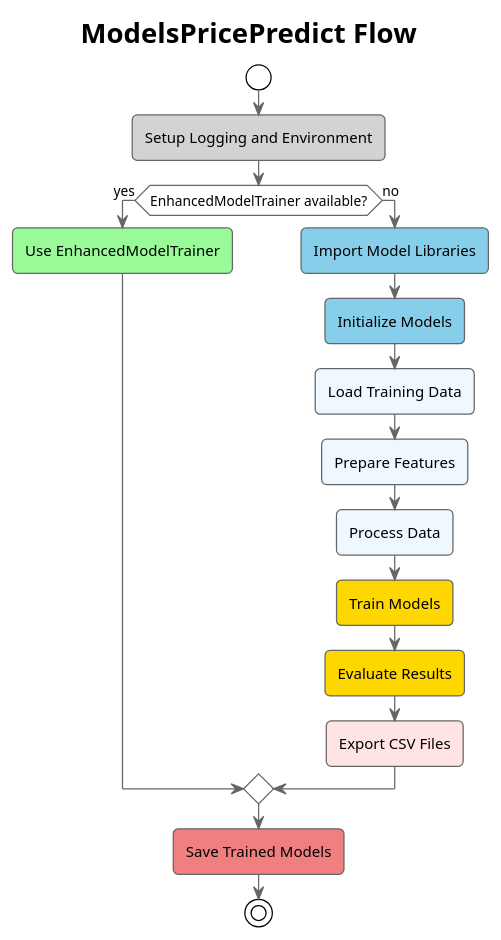
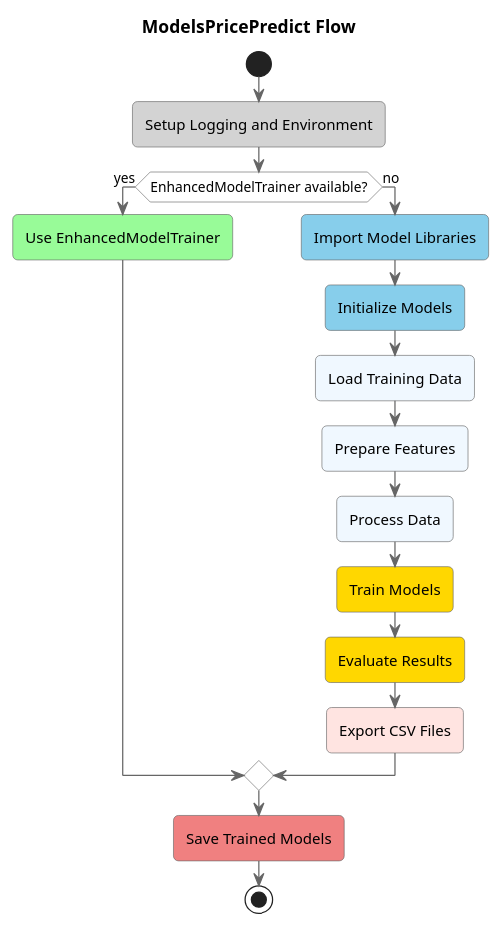
Before and after one commit to wenchiehlee-investment/GoPublic: the diagram in ModelsPricePredict.plantuml, drawn with PlantUML. The commit also changed 2 other files, not shown here.

```diff
--- a/ModelsPricePredict.plantuml
+++ b/ModelsPricePredict.plantuml
@@ -1,29 +1,36 @@
 @startuml "ModelsPricePredict Flow"
-!theme plain
-skinparam backgroundColor white
+
+!theme toy
+Skinparam sequenceArrowThickness 1
+skinparam ParticipantPadding 7
+skinparam BoxPadding 10
+skinparam actorStyle awesome
+skinparam LegendBorderThickness 1
+skinparam backgroundColor transparent
+
 skinparam roundCorner 8
 skinparam ArrowColor #666666
 skinparam ActivityBackgroundColor white
 skinparam ActivityBorderColor #666666
 
 title "ModelsPricePredict Flow"
 
 start
 #lightgrey:Setup Logging and Environment;
 
 if (EnhancedModelTrainer available?) then (yes)
     #palegreen:Use EnhancedModelTrainer;
 else (no)
     #skyblue:Import Model Libraries;
     #skyblue:Initialize Models;
     #aliceblue:Load Training Data;
     #aliceblue:Prepare Features;
     #aliceblue:Process Data;
     #gold:Train Models;
     #gold:Evaluate Results;
     #mistyrose:Export CSV Files;
 endif
 
 #lightcoral:Save Trained Models;
 stop
 @enduml
```
